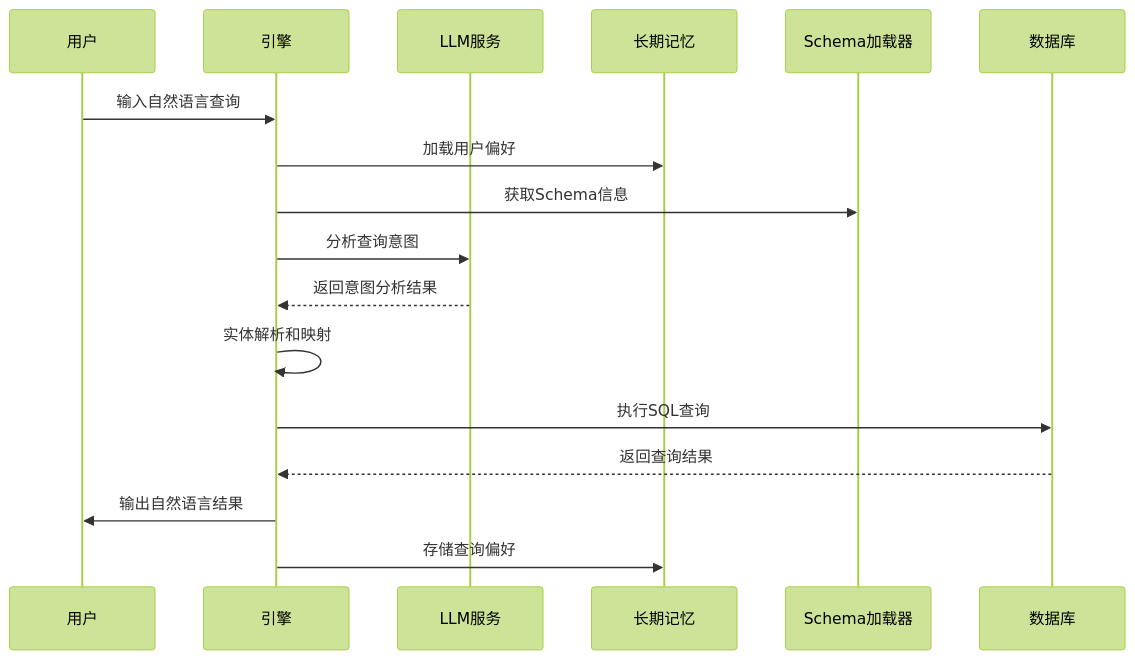
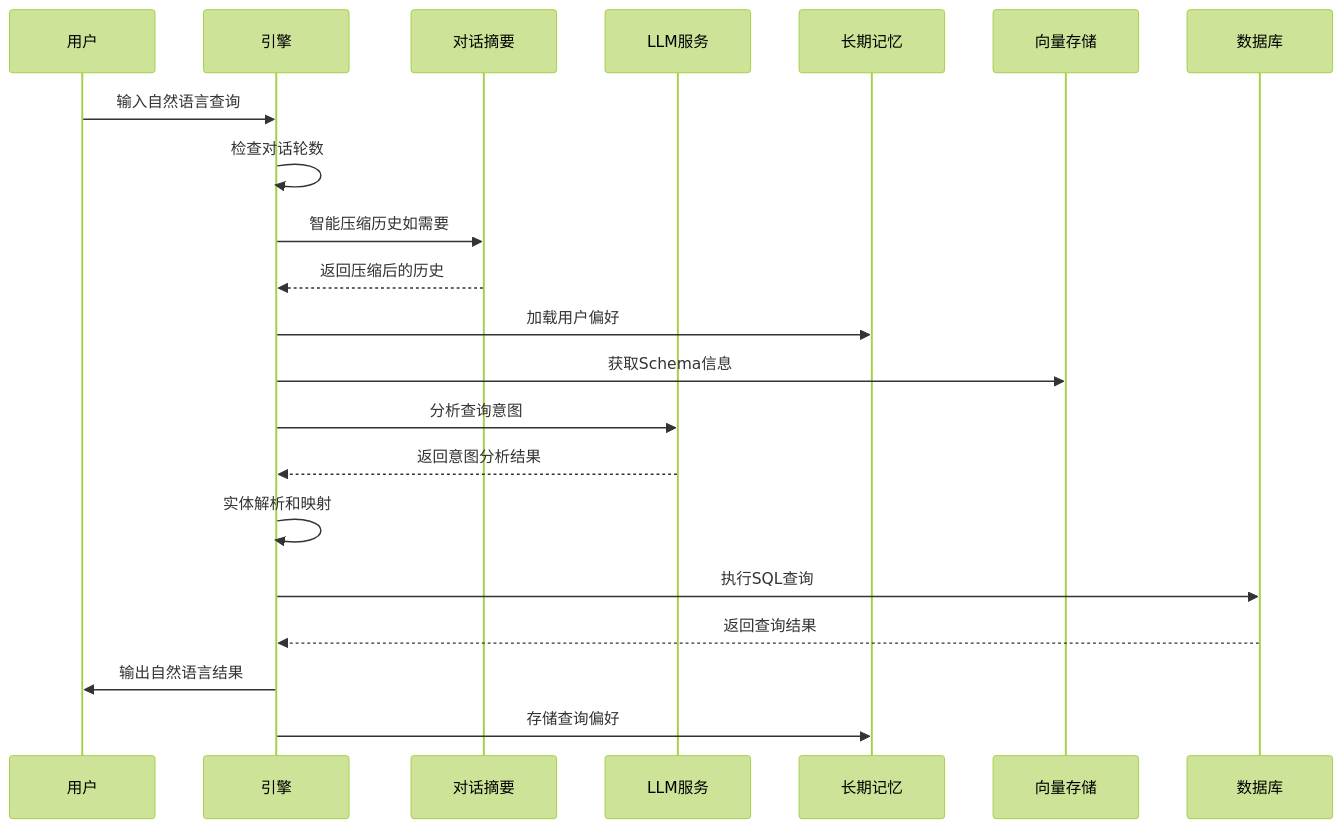
One commit to HanHuiOnLine/724-office changed the third of 6 diagrams in .qoder/repowiki/zh/content/核心模块详解/NL2SQL自然语言到SQL系统/NL2SQL长期记忆系统.md. Above: the diagram before and after it, drawn with Mermaid (forest theme). The commit also changed other lines of this file and 10 other files, not shown here.

````diff
--- a/.qoder/repowiki/zh/content/核心模块详解/NL2SQL自然语言到SQL系统/NL2SQL长期记忆系统.md
+++ b/.qoder/repowiki/zh/content/核心模块详解/NL2SQL自然语言到SQL系统/NL2SQL长期记忆系统.md
@@ -237,19 +288,23 @@
 ```mermaid
 sequenceDiagram
 participant U as 用户
 participant E as 引擎
+participant S as 对话摘要
 participant L as LLM服务
 participant M as 长期记忆
-participant S as Schema加载器
+participant V as 向量存储
 participant D as 数据库
 U->>E : 输入自然语言查询
+E->>E : 检查对话轮数
+E->>S : 智能压缩历史如需要
+S-->>E : 返回压缩后的历史
 E->>M : 加载用户偏好
-E->>S : 获取Schema信息
+E->>V : 获取Schema信息
 E->>L : 分析查询意图
 L-->>E : 返回意图分析结果
 E->>E : 实体解析和映射
 E->>D : 执行SQL查询
 D-->>E : 返回查询结果
 E->>U : 输出自然语言结果
 E->>M : 存储查询偏好
 ```
````
